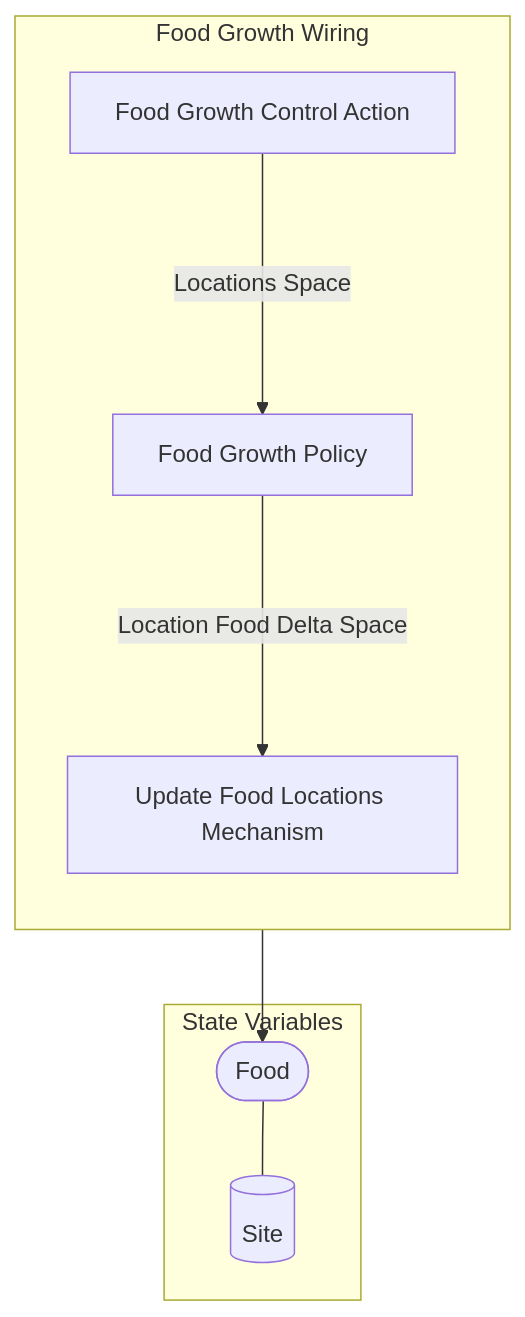
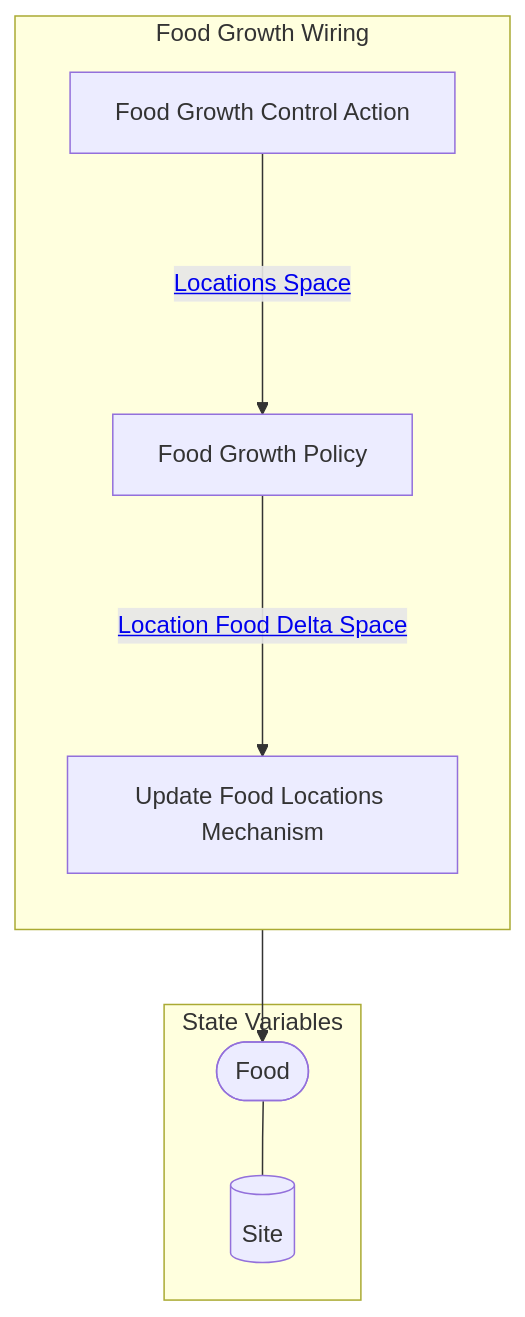
One commit to BlockScience/Predator-Prey-MSML changed the first of 2 diagrams in reports/obsidian/Wiring/Food Growth Wiring.md. Above: the diagram before and after it, drawn with Mermaid. The commit also changed other lines of this file and 48 other files, not shown here.

````diff
--- a/reports/obsidian/Wiring/Food Growth Wiring.md
+++ b/reports/obsidian/Wiring/Food Growth Wiring.md
@@ -4,24 +4,24 @@
 ```mermaid
 graph TB
 
 subgraph SVS["State Variables"]
 EE0[("Site")]
 EES0(["Food"])
 EES0 --- EE0
 end
 
 subgraph X4["Food Growth Wiring"]
 direction TB
 X1["Food Growth Control Action"]
 X2["Food Growth Policy"]
 X3["Update Food Locations Mechanism"]
 X3 --> EES0
-X1--"Locations Space"--->X2
-X2--"Location Food Delta Space"--->X3
+X1--"<a href='Locations Space' class=internal-link>Locations Space</a>"--->X2
+X2--"<a href='Location Food Delta Space' class=internal-link>Location Food Delta Space</a>"--->X3
 end
 class X1 internal-link;
 class X2 internal-link;
 class X3 internal-link;
 class EE0 internal-link;
 
 ```
````
